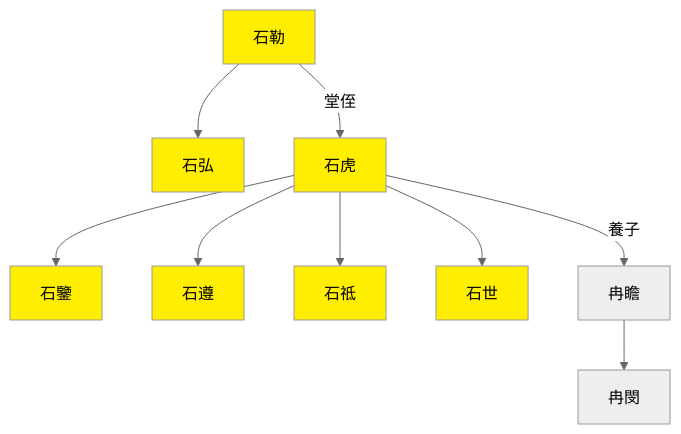
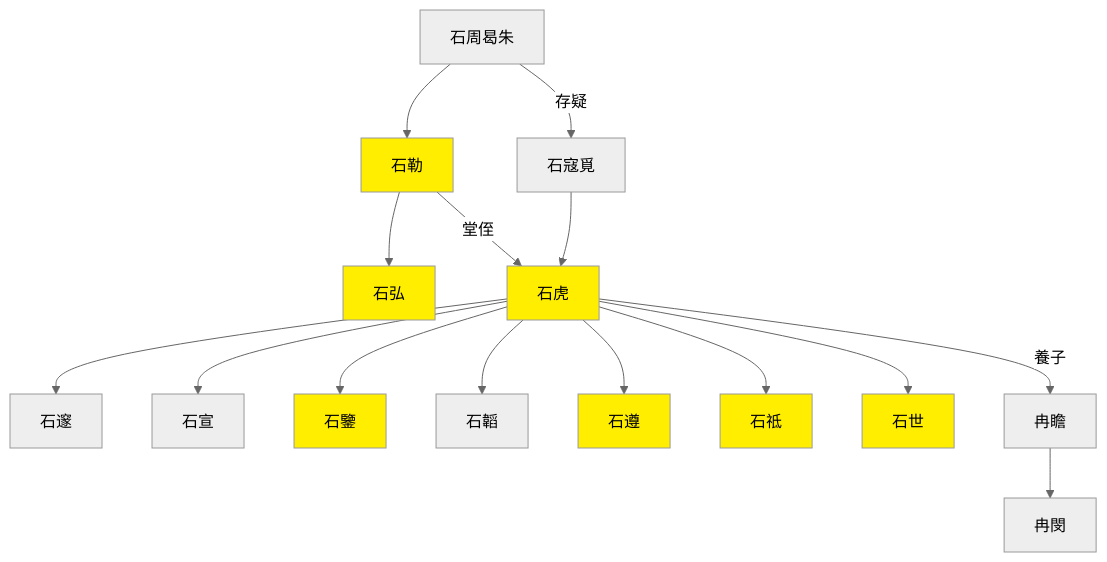
The diagram in 2_世系圖表/2.2_并立政權/晉/十六國/後趙世系圖表.md (gamefang/zizhitongjian), drawn with Mermaid (neutral theme) before and after one commit. The commit also changed 4 other files, not shown here.

````diff
--- a/2_世系圖表/2.2_并立政權/晉/十六國/後趙世系圖表.md
+++ b/2_世系圖表/2.2_并立政權/晉/十六國/後趙世系圖表.md
@@ -14,17 +14,25 @@
 ```mermaid
 graph TB
+
+石周曷朱-->石勒
 
 石勒-->石弘
 石勒--堂侄-->石虎
 
+石周曷朱--存疑-->石寇覓
+石寇覓-->石虎
+
+石虎-->石邃
+石虎-->石宣
 石虎-->石鑒
+石虎-->石韜
 石虎-->石遵
 石虎-->石祗
 石虎-->石世
 
 石虎--養子-->冉瞻
 冉瞻-->冉閔
 
 classDef king fill:#ffee00
 class 石勒,石弘,石虎,石鑒,石遵,石祗,石世 king
 ```
````
